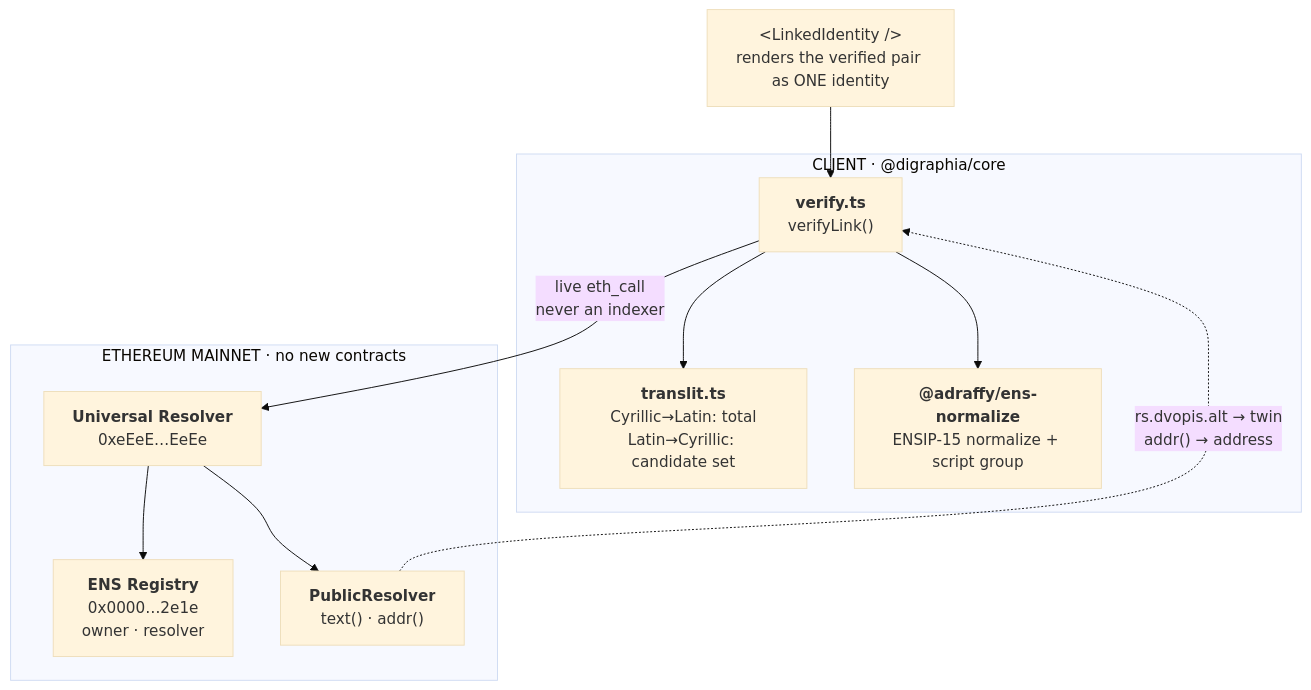
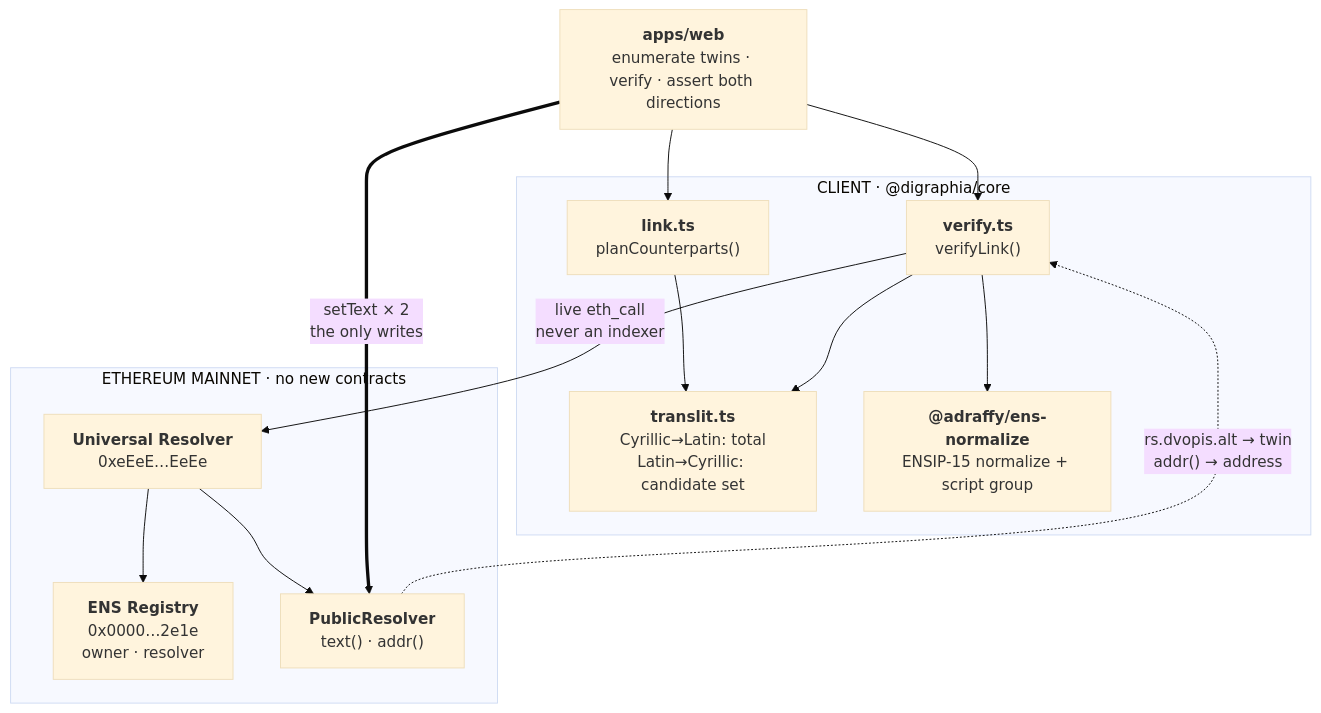
One commit to leohhhn/digraphia changed the first of 2 diagrams in README.md. Above: the diagram before and after it, drawn with Mermaid (base theme). The commit also changed other lines of this file, not shown here.

First line of the commit message:
README: Sepolia demo verified, linking UI, scope correction in §2.4

````diff
--- a/README.md
+++ b/README.md
@@ -256,24 +262,28 @@
 ```mermaid
 flowchart TB
-    UI["&lt;LinkedIdentity /&gt;<br/>renders the verified pair as ONE identity"]
+    UI["<b>apps/web</b><br/>enumerate twins · verify · assert both directions"]
 
     subgraph client["CLIENT · @digraphia/core"]
         V["<b>verify.ts</b><br/>verifyLink()"]
+        L["<b>link.ts</b><br/>planCounterparts()"]
         T["<b>translit.ts</b><br/>Cyrillic→Latin: total<br/>Latin→Cyrillic: candidate set"]
         N["<b>@adraffy/ens-normalize</b><br/>ENSIP-15 normalize + script group"]
     end
 
     subgraph chain["ETHEREUM MAINNET · no new contracts"]
         UR["<b>Universal Resolver</b><br/>0xeEeE…EeEe"]
         REG["<b>ENS Registry</b><br/>0x0000…2e1e<br/>owner · resolver"]
         RES["<b>PublicResolver</b><br/>text() · addr()"]
     end
 
     UI --> V
+    UI --> L
+    L --> T
     V --> T
     V --> N
     V -->|"live eth_call<br/>never an indexer"| UR
     UR --> REG
     UR --> RES
     RES -.->|"rs.dvopis.alt → twin<br/>addr() → address"| V
+    UI ==>|"setText × 2<br/>the only writes"| RES
 ```
````
